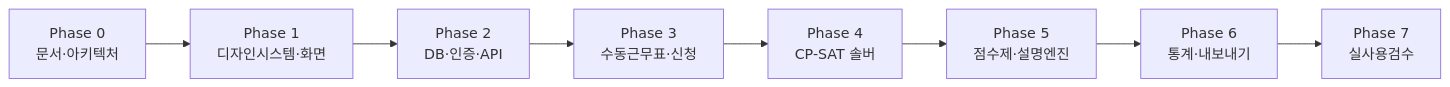
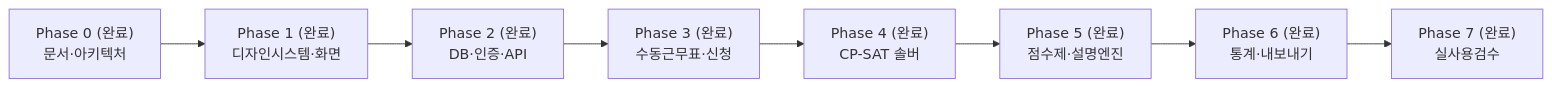
One commit to ninehyzzel-prog/nurse changed the diagram in docs/IMPLEMENTATION_PLAN.md. Above: the diagram before and after it, drawn with Mermaid. The commit also changed other lines of this file and 13 other files, not shown here.

````diff
--- a/docs/IMPLEMENTATION_PLAN.md
+++ b/docs/IMPLEMENTATION_PLAN.md
@@ -11,10 +11,10 @@
 ```mermaid
 flowchart LR
-    P0["Phase 0<br/>문서·아키텍처"] --> P1["Phase 1<br/>디자인시스템·화면"]
-    P1 --> P2["Phase 2<br/>DB·인증·API"]
-    P2 --> P3["Phase 3<br/>수동근무표·신청"]
-    P3 --> P4["Phase 4<br/>CP-SAT 솔버"]
-    P4 --> P5["Phase 5<br/>점수제·설명엔진"]
-    P5 --> P6["Phase 6<br/>통계·내보내기"]
-    P6 --> P7["Phase 7<br/>실사용검수"]
+    P0["Phase 0 (완료)<br/>문서·아키텍처"] --> P1["Phase 1 (완료)<br/>디자인시스템·화면"]
+    P1 --> P2["Phase 2 (완료)<br/>DB·인증·API"]
+    P2 --> P3["Phase 3 (완료)<br/>수동근무표·신청"]
+    P3 --> P4["Phase 4 (완료)<br/>CP-SAT 솔버"]
+    P4 --> P5["Phase 5 (완료)<br/>점수제·설명엔진"]
+    P5 --> P6["Phase 6 (완료)<br/>통계·내보내기"]
+    P6 --> P7["Phase 7 (완료)<br/>실사용검수"]
 ```
````
